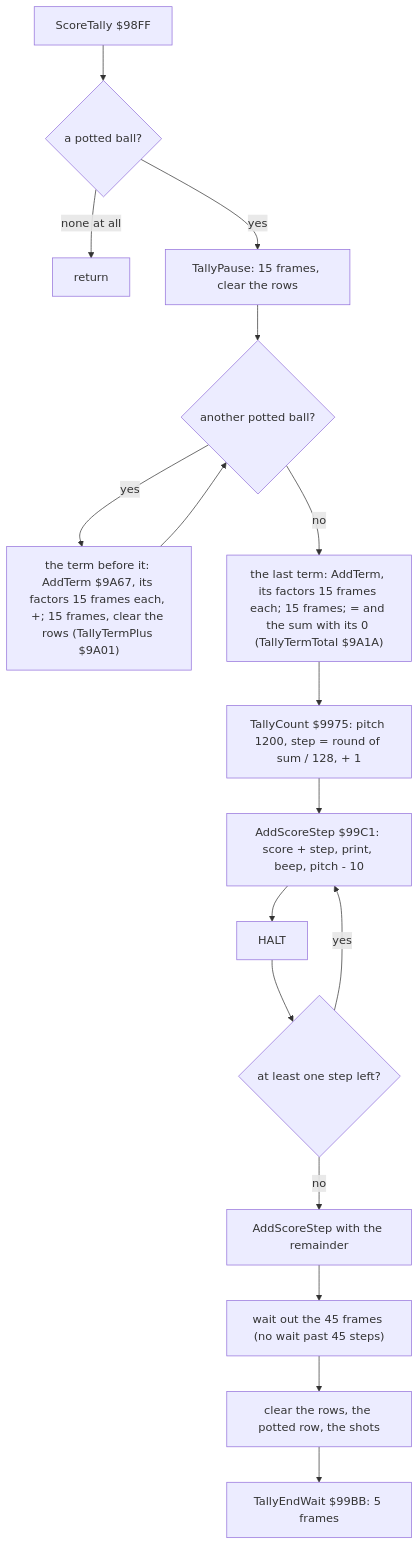
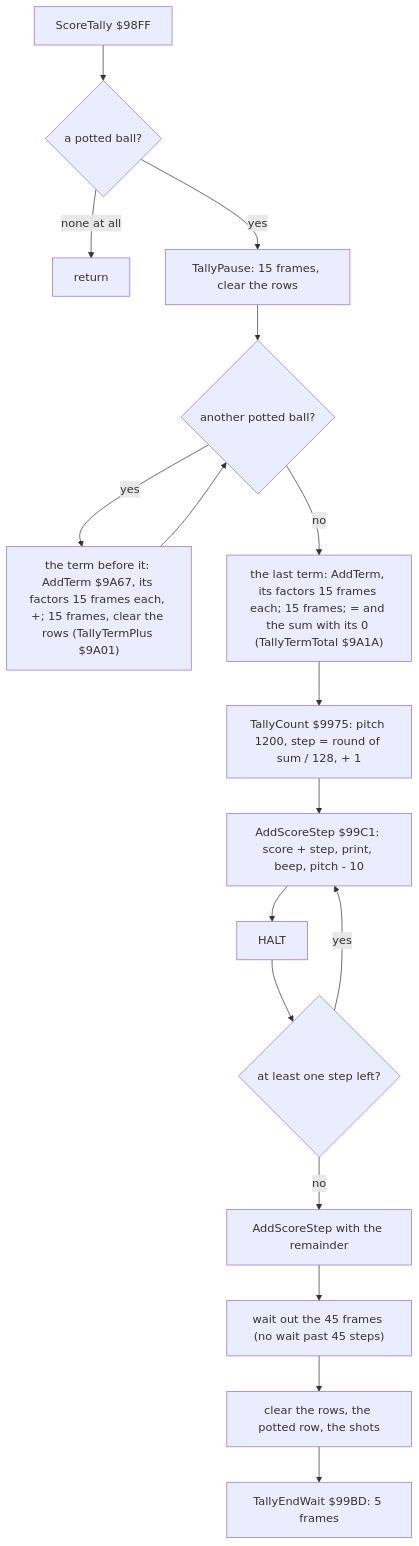
Before and after one commit to alfishe/unrealng-reverse-cases: the fifth of 10 diagrams in games/video-pool/docs/08-hud-and-text.md, drawn with Mermaid. The commit also changed other lines of this file and 40 other files, not shown here.

````diff
--- a/games/video-pool/docs/08-hud-and-text.md
+++ b/games/video-pool/docs/08-hud-and-text.md
@@ -667,19 +685,19 @@
 ```mermaid
 flowchart TD
     S["ScoreTally $98FF"] --> F{"a potted ball?"}
     F -->|"none at all"| R["return"]
     F -->|yes| W1["TallyPause: 15 frames, clear the rows"]
     W1 --> M{"another potted ball?"}
     M -->|yes| PL["the term before it: AddTerm $9A67, its factors 15 frames each, +; 15 frames, clear the rows (TallyTermPlus $9A01)"]
     PL --> M
     M -->|no| EQ["the last term: AddTerm, its factors 15 frames each; 15 frames; = and the sum with its 0 (TallyTermTotal $9A1A)"]
     EQ --> C["TallyCount $9975: pitch 1200, step = round of sum / 128, + 1"]
     C --> ST["AddScoreStep $99C1: score + step, print, beep, pitch - 10"]
     ST --> H["HALT"]
     H --> L{"at least one step left?"}
     L -->|yes| ST
     L -->|no| LS["AddScoreStep with the remainder"]
     LS --> WT["wait out the 45 frames (no wait past 45 steps)"]
     WT --> CL["clear the rows, the potted row, the shots"]
-    CL --> EW["TallyEndWait $99BB: 5 frames"]
+    CL --> EW["TallyEndWait $99BD: 5 frames"]
 ```
````
